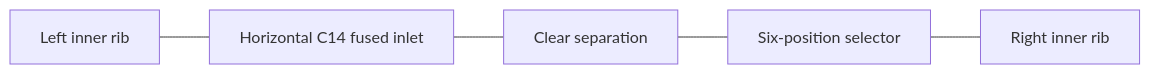
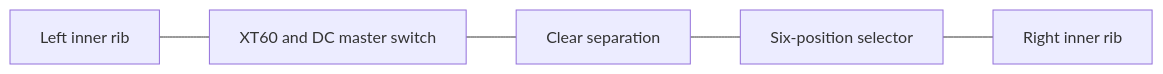
One commit to Andworx/Copilot-IoT-Game changed the sixth of 8 diagrams in 3d Models/apache case/DESIGN_DOCUMENT.md. Above: the diagram before and after it, drawn with Mermaid. The commit also changed other lines of this file and 1241 other files, not shown here.

````diff
--- a/3d Models/apache case/DESIGN_DOCUMENT.md
+++ b/3d Models/apache case/DESIGN_DOCUMENT.md
@@ -409,7 +639,7 @@
 ```mermaid
 flowchart LR
-    L[Left inner rib] --- P[Horizontal C14 fused inlet]
+    L[Left inner rib] --- P[XT60 and DC master switch]
     P --- S[Clear separation]
     S --- D[Six-position selector]
     D --- R[Right inner rib]
 ```
````
